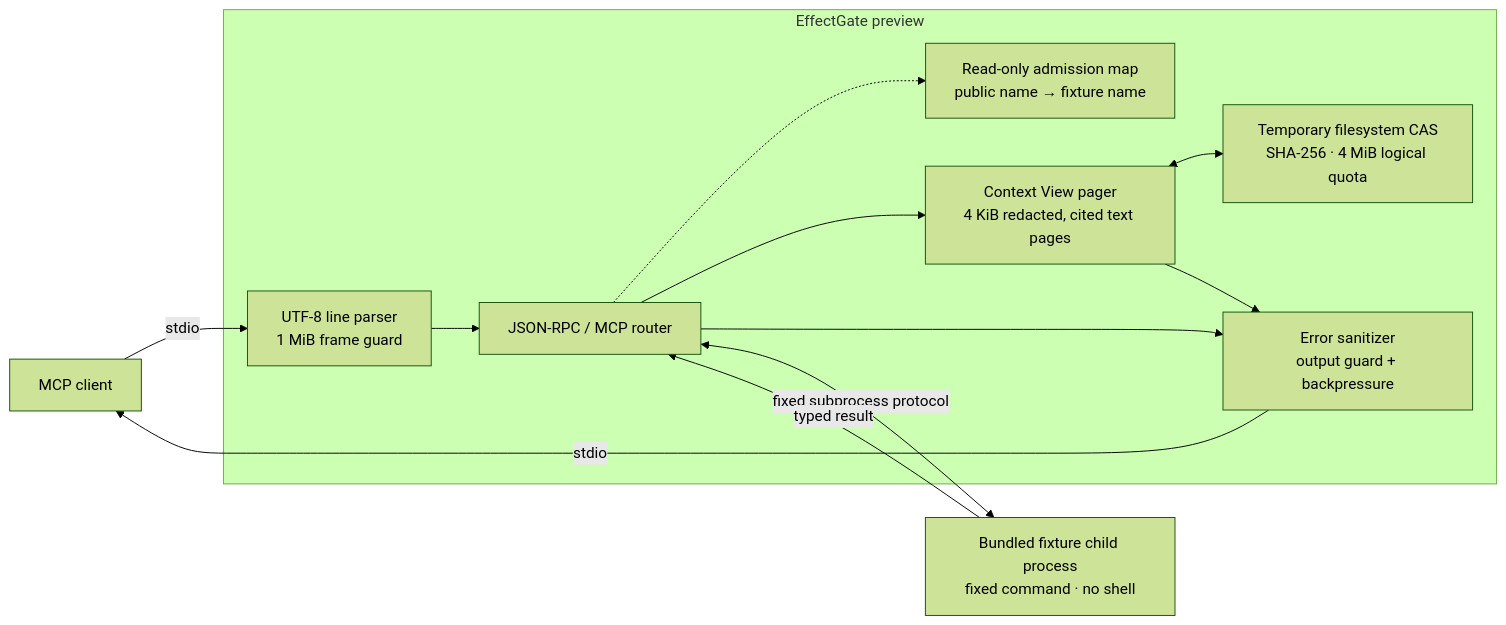
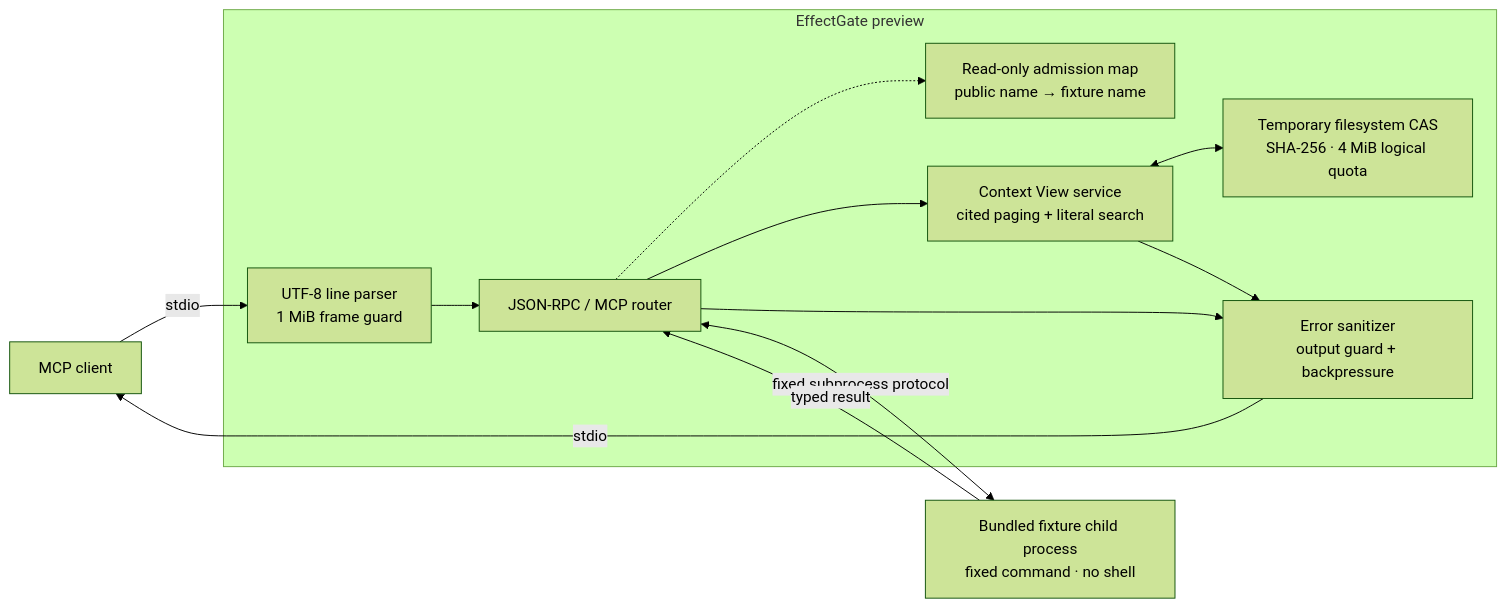
Before and after one commit to Miniks040506/EffectGate: the diagram in README.md, drawn with Mermaid (forest theme). The commit also changed other lines of this file and 3 other files, not shown here.

````diff
--- a/README.md
+++ b/README.md
@@ -61,27 +61,27 @@
 ```mermaid
 flowchart LR
     Client["MCP client"]
 
     subgraph Gate["EffectGate preview"]
         Input["UTF-8 line parser<br/>1 MiB frame guard"]
         Router["JSON-RPC / MCP router"]
         Catalog["Read-only admission map<br/>public name → fixture name"]
-        Views["Context View pager<br/>4 KiB redacted, cited text pages"]
+        Views["Context View service<br/>cited paging + literal search"]
         Store["Temporary filesystem CAS<br/>SHA-256 · 4 MiB logical quota"]
         Output["Error sanitizer<br/>output guard + backpressure"]
 
         Input --> Router
         Router -.-> Catalog
         Router --> Views
         Views <--> Store
         Router --> Output
         Views --> Output
     end
 
     Fixture["Bundled fixture child process<br/>fixed command · no shell"]
 
     Client -->|"stdio"| Input
     Router <-->|"fixed subprocess protocol"| Fixture
     Fixture -->|"typed result"| Router
     Output -->|"stdio"| Client
 ```
````
